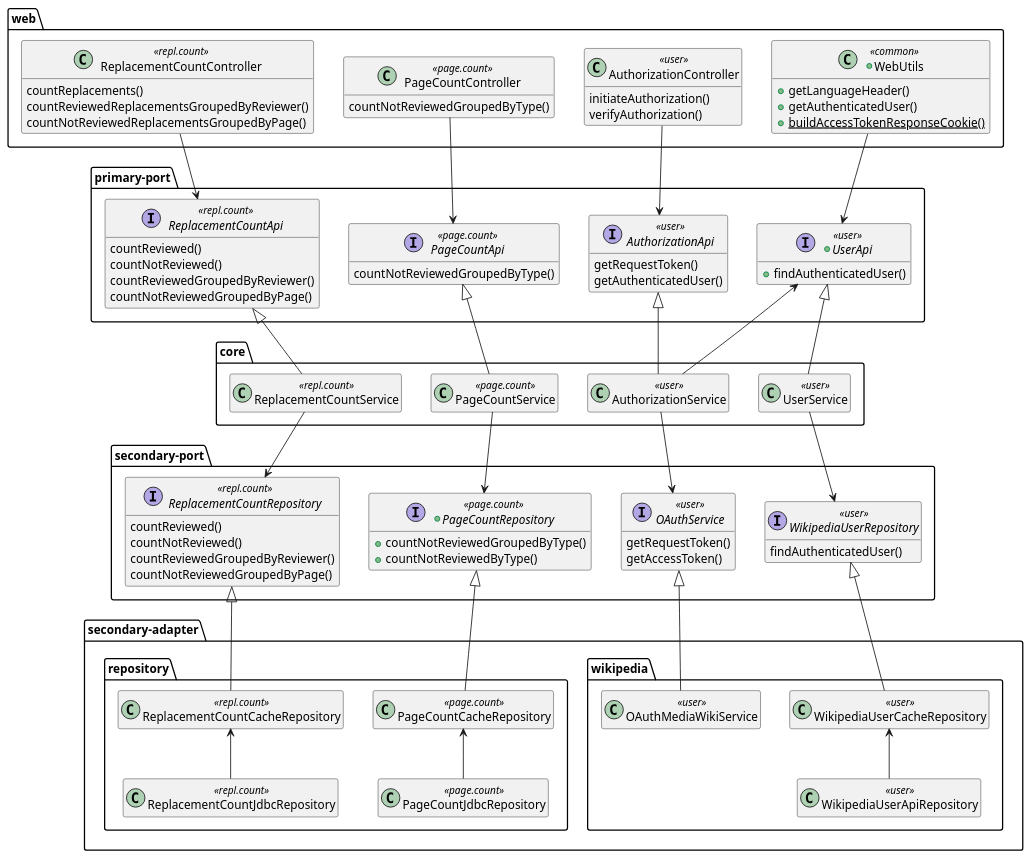
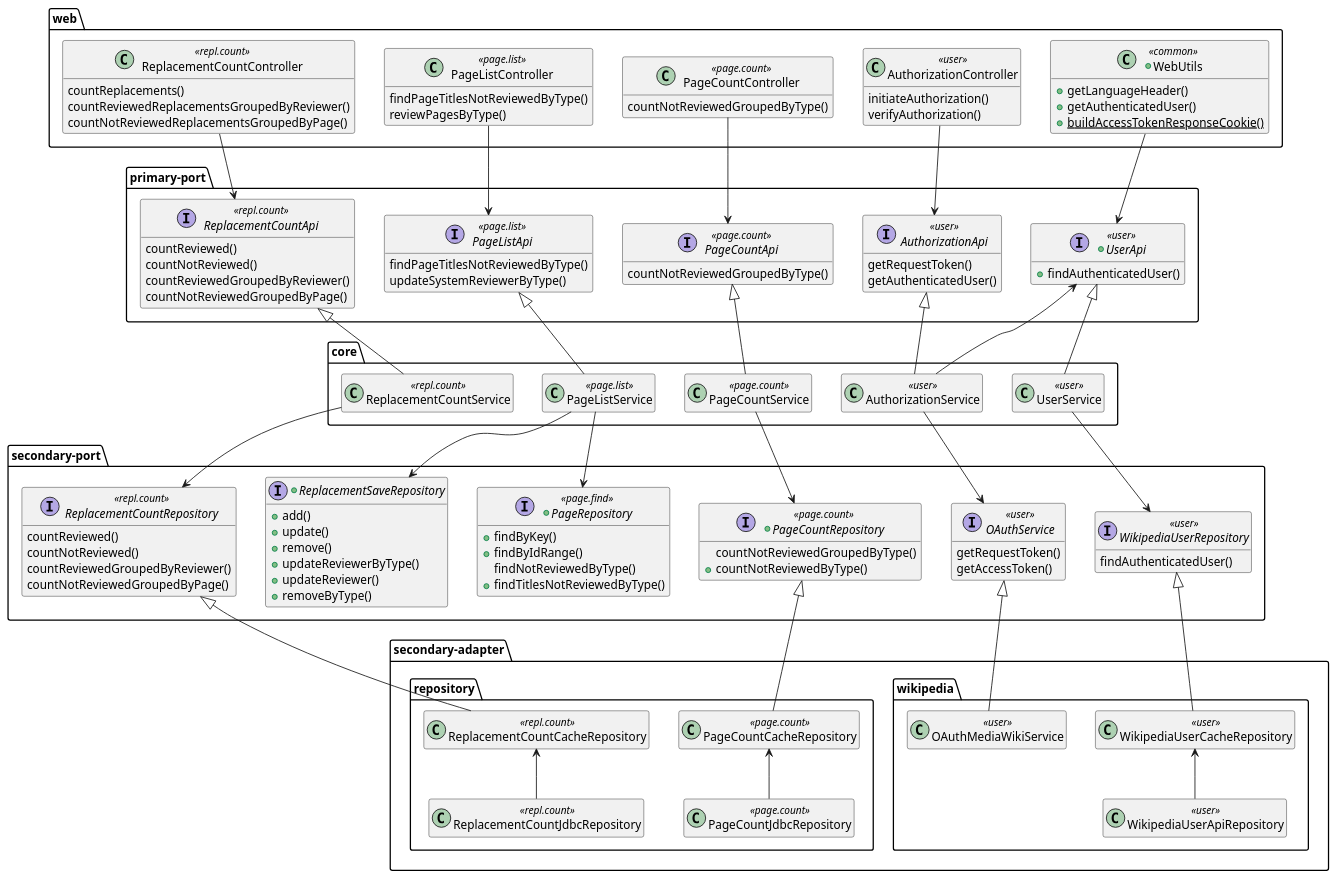
One commit to benjavalero/replacer changed the diagram in class-relationships.puml. Above: the diagram before and after it, drawn with PlantUML.

Commit message:
page list package

```diff
--- a/class-relationships.puml
+++ b/class-relationships.puml
@@ -83,7 +83,7 @@
 
 package secondary-port {
   +interface PageCountRepository <<page.count>> {
-    +countNotReviewedGroupedByType()
+    countNotReviewedGroupedByType()
     +countNotReviewedByType()
   }
 }
@@ -100,6 +100,44 @@
 PageCountService --> PageCountRepository
 PageCountRepository <|-- PageCountCacheRepository
 PageCountCacheRepository <-- PageCountJdbcRepository
+
+'PAGE LIST
+
+package web {
+  class PageListController <<page.list>> {
+    findPageTitlesNotReviewedByType()
+    reviewPagesByType()
+  }
+}
+
+package primary-port {
+  interface PageListApi <<page.list>> {
+    findPageTitlesNotReviewedByType()
+    updateSystemReviewerByType()
+  }
+}
+
+package core {
+  class PageListService <<page.list>>
+}
+
+PageListController --> PageListApi
+PageListApi <|-- PageListService
+
+'PAGE FIND - TODO
+'TODO PageCountRepository es usado por ReviewTypeFinder y ReviewNoTypeFinder
+
+package secondary-port {
+  +interface PageRepository <<page.find>> {
+    +findByKey()
+    +findByIdRange()
+    findNotReviewedByType()
+    +findTitlesNotReviewedByType()
+    'TODO También usan: ReviewXxxFinder y PageBatch/IndexService
+  }
+}
+
+PageListService --> PageRepository
 
 'REPLACEMENT COUNT
 
@@ -146,11 +184,21 @@
 ReplacementCountRepository <|-- ReplacementCountCacheRepository
 ReplacementCountCacheRepository <-- ReplacementCountJdbcRepository
 
+'REPLACEMENT SAVE - TODO
 
+package secondary-port {
+  +interface ReplacementSaveRepository {
+    +add()
+    +update()
+    +remove()
+    +updateReviewerByType()
+    +updateReviewer()
+    +removeByType()
+    'TODO También lo usan ReviewTypeFinder, ReplacementTypeSaveService, PageSaveJdbcRepository
+    'TODO y  ReplacementSaveXxxRepository
+  }
+}
 
-
-'TO-DO: PAGE FIND
-' PageCountRepository es usado por ReviewTypeFinder y ReviewNoTypeFinder
-
+PageListService --> ReplacementSaveRepository
 
 @enduml
```
